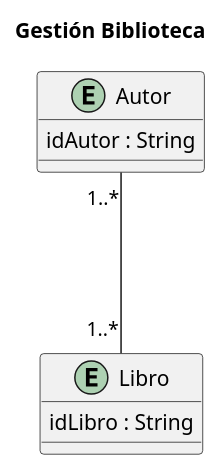
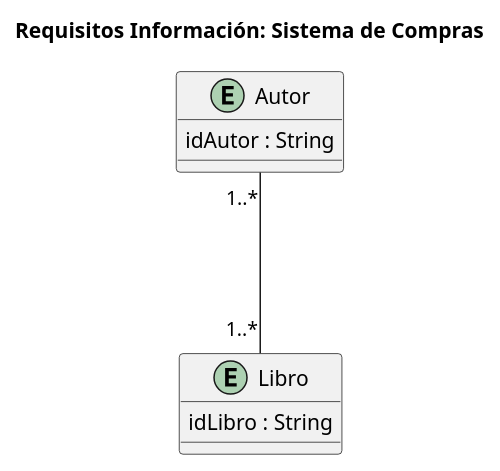
Before and after one commit to emg842/INRE-UAL-ROJO-2022: the diagram in LAB1/IRs_sistema_de_compras.puml, drawn with PlantUML. The commit also changed 12 other files, not shown here.

```diff
--- a/LAB1/IRs_sistema_de_compras.puml
+++ b/LAB1/IRs_sistema_de_compras.puml
@@ -1,14 +1,14 @@
 @startuml IRs_sistema_de_compras
-title Gestión Biblioteca
+title Requisitos Información: Sistema de Compras
 
 Entity Autor {
     idAutor : String
 }
 
 Entity Libro {
     idLibro : String
 }
 
 Autor "1..*" --- "1..*" Libro
 
 @enduml
```
